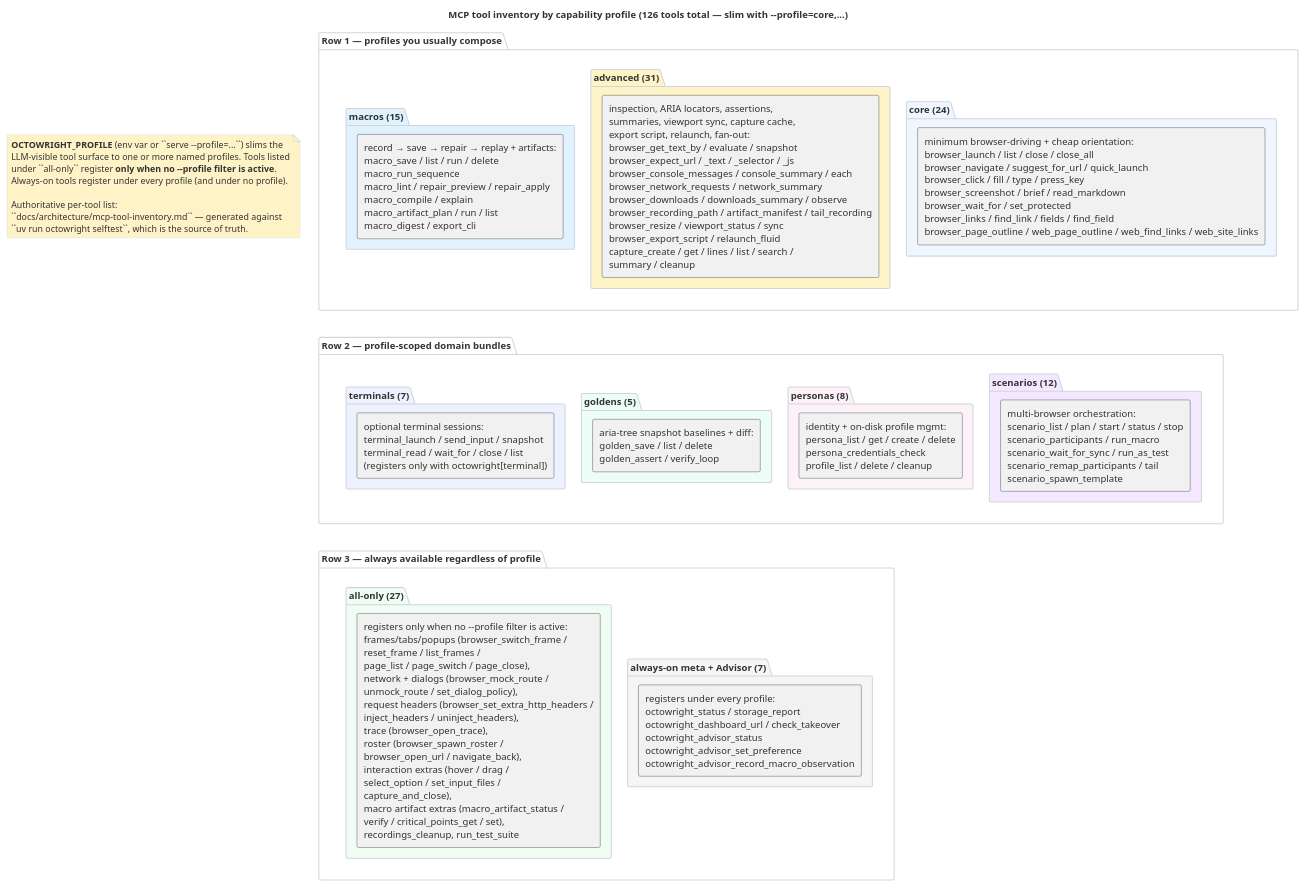
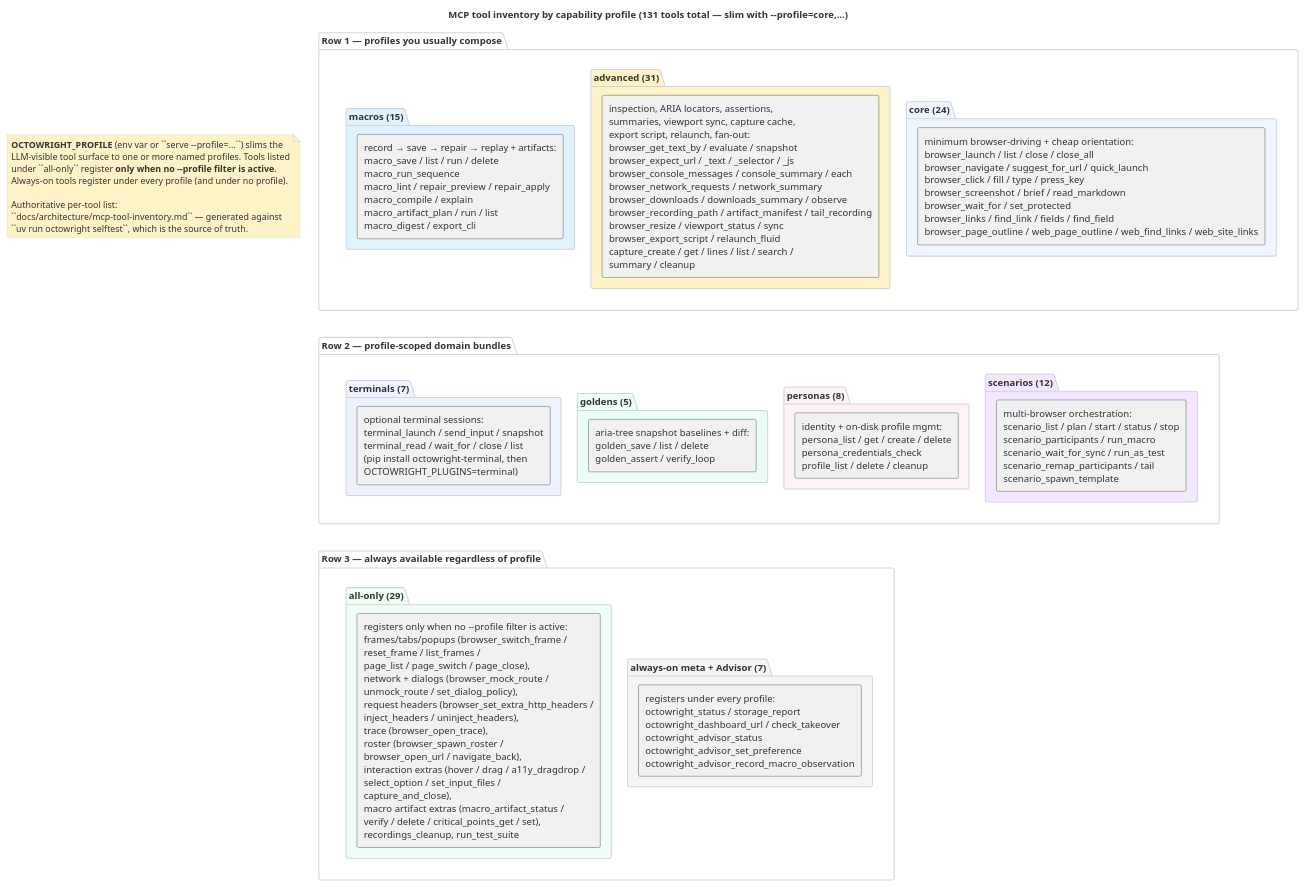
One commit to livingstaccato/octowright changed the diagram in docs/architecture/mcp-tool-surface.puml. Above: the diagram before and after it, drawn with PlantUML. The commit also changed 16 other files, not shown here.

First line of the commit message:
docs: check the tool inventory against the registry, and unbreak bare pytest (#194)

```diff
--- a/docs/architecture/mcp-tool-surface.puml
+++ b/docs/architecture/mcp-tool-surface.puml
@@ -5,71 +5,71 @@
 @startuml mcp-tool-surface
-title MCP tool inventory by capability profile (126 tools total — slim with --profile=core,...)
+title MCP tool inventory by capability profile (131 tools total — slim with --profile=core,...)
 
 skinparam backgroundColor #ffffff
 skinparam defaultFontColor #333333
 skinparam packageBorderColor #d1d5db
 skinparam packageBackgroundColor #f9fafb
 skinparam noteBackgroundColor #fef3c7
 skinparam noteBorderColor #d1d5db
 skinparam ArrowColor transparent
 
 ' PlantUML doesn't have a real grid layout. The trick that works: wrap
 ' each row of profile boxes in an outer "row" package. Outer packages
 ' stack vertically because nothing links them horizontally; inner
 ' boxes pack horizontally within their row.
 
 note as LEGEND #fef3c7
   **OCTOWRIGHT_PROFILE** (env var or ``serve --profile=...``) slims the
   LLM-visible tool surface to one or more named profiles. Tools listed
   under ``all-only`` register **only when no --profile filter is active**.
   Always-on tools register under every profile (and under no profile).
 
   Authoritative per-tool list:
   ``docs/architecture/mcp-tool-inventory.md`` — generated against
   ``uv run octowright selftest``, which is the source of truth.
 end note
 
 package "Row 1 — profiles you usually compose" as ROW1 #ffffff {
   package "core (24)" as P_CORE #eff6ff {
     rectangle "minimum browser-driving + cheap orientation:\nbrowser_launch / list / close / close_all\nbrowser_navigate / suggest_for_url / quick_launch\nbrowser_click / fill / type / press_key\nbrowser_screenshot / brief / read_markdown\nbrowser_wait_for / set_protected\nbrowser_links / find_link / fields / find_field\nbrowser_page_outline / web_page_outline / web_find_links / web_site_links" as R_CORE
   }
   package "advanced (31)" as P_ADV #fef3c7 {
     rectangle "inspection, ARIA locators, assertions,\nsummaries, viewport sync, capture cache,\nexport script, relaunch, fan-out:\nbrowser_get_text_by / evaluate / snapshot\nbrowser_expect_url / _text / _selector / _js\nbrowser_console_messages / console_summary / each\nbrowser_network_requests / network_summary\nbrowser_downloads / downloads_summary / observe\nbrowser_recording_path / artifact_manifest / tail_recording\nbrowser_resize / viewport_status / sync\nbrowser_export_script / relaunch_fluid\ncapture_create / get / lines / list / search /\nsummary / cleanup" as R_ADV
   }
   package "macros (15)" as P_MAC #e0f2fe {
     rectangle "record → save → repair → replay + artifacts:\nmacro_save / list / run / delete\nmacro_run_sequence\nmacro_lint / repair_preview / repair_apply\nmacro_compile / explain\nmacro_artifact_plan / run / list\nmacro_digest / export_cli" as R_MAC
   }
 }
 
 package "Row 2 — profile-scoped domain bundles" as ROW2 #ffffff {
   package "scenarios (12)" as P_SCN #f3e8ff {
     rectangle "multi-browser orchestration:\nscenario_list / plan / start / status / stop\nscenario_participants / run_macro\nscenario_wait_for_sync / run_as_test\nscenario_remap_participants / tail\nscenario_spawn_template" as R_SCN
   }
   package "personas (8)" as P_PERS #fdf2f8 {
     rectangle "identity + on-disk profile mgmt:\npersona_list / get / create / delete\npersona_credentials_check\nprofile_list / delete / cleanup" as R_PERS
   }
   package "goldens (5)" as P_GOLD #ecfdf5 {
     rectangle "aria-tree snapshot baselines + diff:\ngolden_save / list / delete\ngolden_assert / verify_loop" as R_GOLD
   }
   package "terminals (7)" as P_TERM #eef2ff {
-    rectangle "optional terminal sessions:\nterminal_launch / send_input / snapshot\nterminal_read / wait_for / close / list\n(registers only with octowright[terminal])" as R_TERM
+    rectangle "optional terminal sessions:\nterminal_launch / send_input / snapshot\nterminal_read / wait_for / close / list\n(pip install octowright-terminal, then\nOCTOWRIGHT_PLUGINS=terminal)" as R_TERM
   }
 }
 
 package "Row 3 — always available regardless of profile" as ROW3 #ffffff {
   package "always-on meta + Advisor (7)" as P_META #f5f5f4 {
     rectangle "registers under every profile:\noctowright_status / storage_report\noctowright_dashboard_url / check_takeover\noctowright_advisor_status\noctowright_advisor_set_preference\noctowright_advisor_record_macro_observation" as R_META
   }
-  package "all-only (27)" as P_ALL #f0fdf4 {
-    rectangle "registers only when no --profile filter is active:\nframes/tabs/popups (browser_switch_frame /\nreset_frame / list_frames /\npage_list / page_switch / page_close),\nnetwork + dialogs (browser_mock_route /\nunmock_route / set_dialog_policy),\nrequest headers (browser_set_extra_http_headers /\ninject_headers / uninject_headers),\ntrace (browser_open_trace),\nroster (browser_spawn_roster /\nbrowser_open_url / navigate_back),\ninteraction extras (hover / drag /\nselect_option / set_input_files /\ncapture_and_close),\nmacro artifact extras (macro_artifact_status /\nverify / critical_points_get / set),\nrecordings_cleanup, run_test_suite" as R_ALL
+  package "all-only (29)" as P_ALL #f0fdf4 {
+    rectangle "registers only when no --profile filter is active:\nframes/tabs/popups (browser_switch_frame /\nreset_frame / list_frames /\npage_list / page_switch / page_close),\nnetwork + dialogs (browser_mock_route /\nunmock_route / set_dialog_policy),\nrequest headers (browser_set_extra_http_headers /\ninject_headers / uninject_headers),\ntrace (browser_open_trace),\nroster (browser_spawn_roster /\nbrowser_open_url / navigate_back),\ninteraction extras (hover / drag / a11y_dragdrop /\nselect_option / set_input_files /\ncapture_and_close),\nmacro artifact extras (macro_artifact_status /\nverify / delete / critical_points_get / set),\nrecordings_cleanup, run_test_suite" as R_ALL
   }
 }
 
 ' Force vertical stacking of the row packages. Without these, PlantUML
 ' lays the three outer packages out in a single horizontal strip.
 ' (The note doesn't participate — hidden-arrow on a note leaks as a
 ' visible text label in some renderers.)
 ROW1 -[hidden]down-> ROW2
 ROW2 -[hidden]down-> ROW3
 
 @enduml
```
